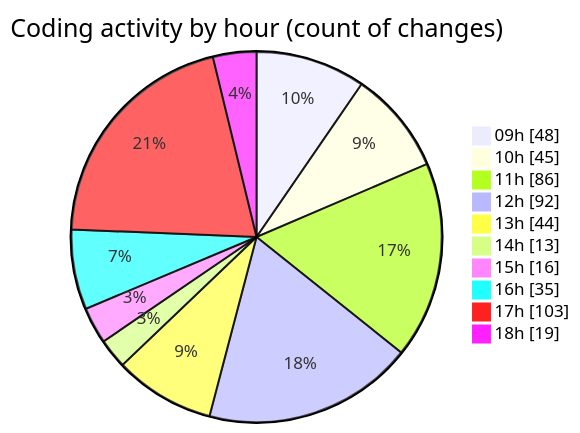
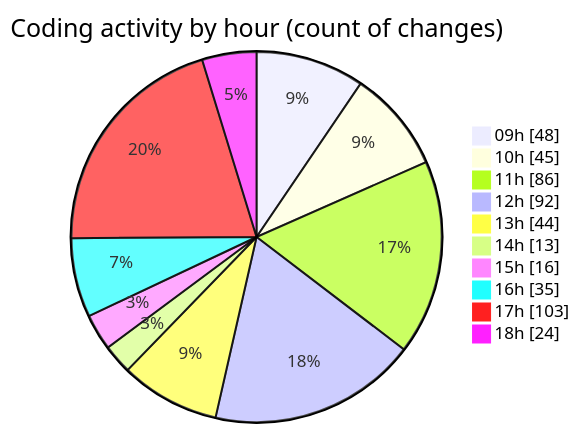
One commit to momahboobian/code-tracking changed the second of 2 diagrams in 2025-03-14/cda/README.md. Above: the diagram before and after it, drawn with Mermaid. The commit also changed other lines of this file and 1 other file, not shown here.

````diff
--- a/2025-03-14/cda/README.md
+++ b/2025-03-14/cda/README.md
@@ -51,14 +52,14 @@
 ```mermaid
 pie showData
 title Coding activity by hour (count of changes)
 "09h" : 48
 "10h" : 45
 "11h" : 86
 "12h" : 92
 "13h" : 44
 "14h" : 13
 "15h" : 16
 "16h" : 35
 "17h" : 103
-"18h" : 19
+"18h" : 24
 ```
````
